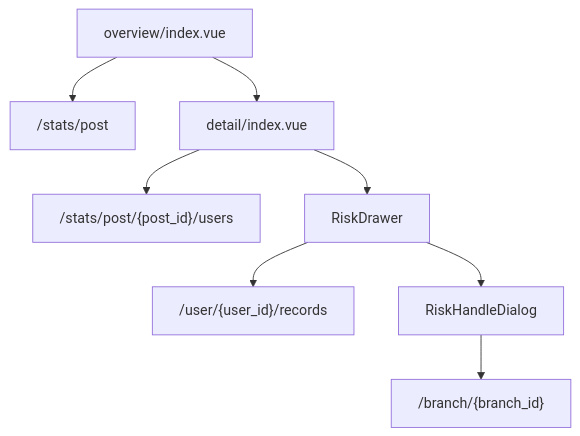
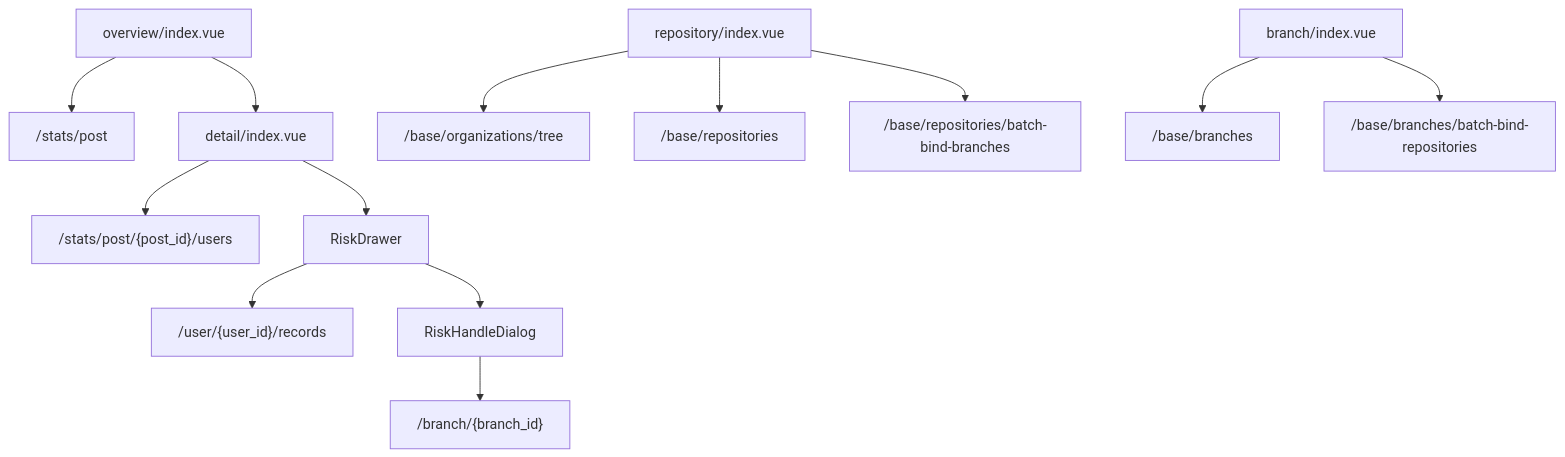
Before and after one commit to zrqg-znb/Focus_Admin: the diagram in web/docs/src/frontend/views/code-compliance.md, drawn with Mermaid. The commit also changed other lines of this file and 17 other files, not shown here.

````diff
--- a/web/docs/src/frontend/views/code-compliance.md
+++ b/web/docs/src/frontend/views/code-compliance.md
@@ -30,10 +40,15 @@
 ```mermaid
 flowchart TD
     Overview["overview/index.vue"] --> PostStats["/stats/post"]
     Overview --> Detail["detail/index.vue"]
     Detail --> UserStats["/stats/post/{post_id}/users"]
     Detail --> Drawer["RiskDrawer"]
     Drawer --> Records["/user/{user_id}/records"]
     Drawer --> Dialog["RiskHandleDialog"]
     Dialog --> Update["/branch/{branch_id}"]
+    Repository["repository/index.vue"] --> OrgTree["/base/organizations/tree"]
+    Repository --> RepoList["/base/repositories"]
+    Repository --> BindBranch["/base/repositories/batch-bind-branches"]
+    Branch["branch/index.vue"] --> BranchList["/base/branches"]
+    Branch --> BindRepo["/base/branches/batch-bind-repositories"]
 ```
````
